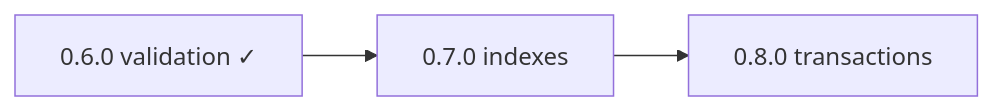
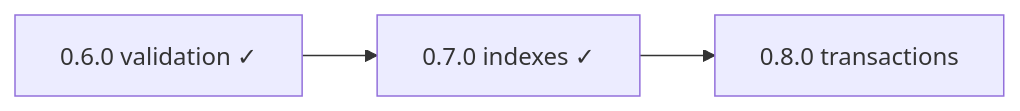
Before and after one commit to eddiethedean/typra: the diagram in ROADMAP.md, drawn with Mermaid. The commit also changed other lines of this file and 18 other files, not shown here.

````diff
--- a/ROADMAP.md
+++ b/ROADMAP.md
@@ -44,7 +44,7 @@
 ```mermaid
 flowchart LR
   v060["0.6.0 validation ✓"]
-  v070["0.7.0 indexes"]
+  v070["0.7.0 indexes ✓"]
   v080["0.8.0 transactions"]
   v060 --> v070 --> v080
 ```
````
